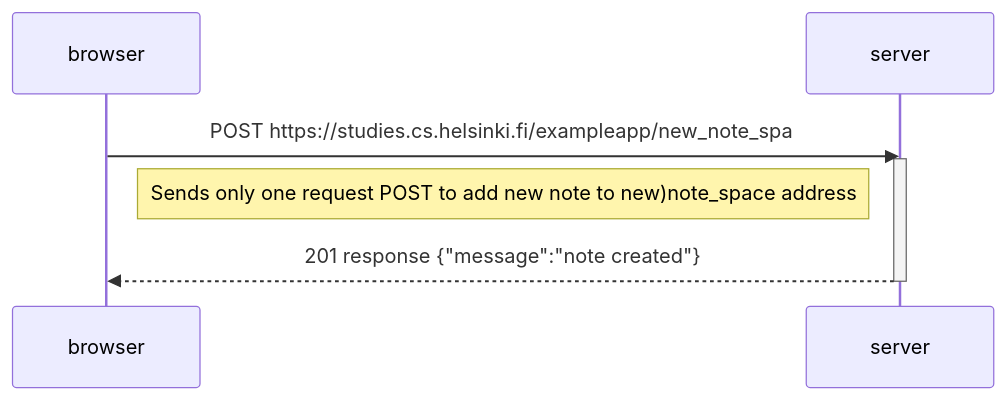
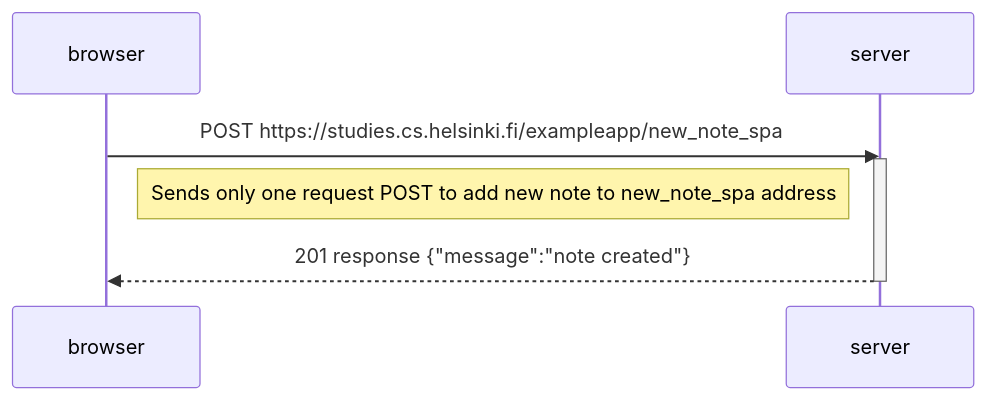
Before and after one commit to trinhhe/fullstackopen: the diagram in part0/06.mmd, drawn with Mermaid. The commit also changed 11 other files, not shown here.

```diff
--- a/part0/06.mmd
+++ b/part0/06.mmd
@@ -1,9 +1,9 @@
 sequenceDiagram
     participant browser
     participant server
 
     browser->>server: POST https://studies.cs.helsinki.fi/exampleapp/new_note_spa
     activate server
-    Note right of browser: Sends only one request POST to add new note to new)note_space address
+    Note right of browser: Sends only one request POST to add new note to new_note_spa address
     server-->>browser: 201 response {"message":"note created"} 
     deactivate server
```
